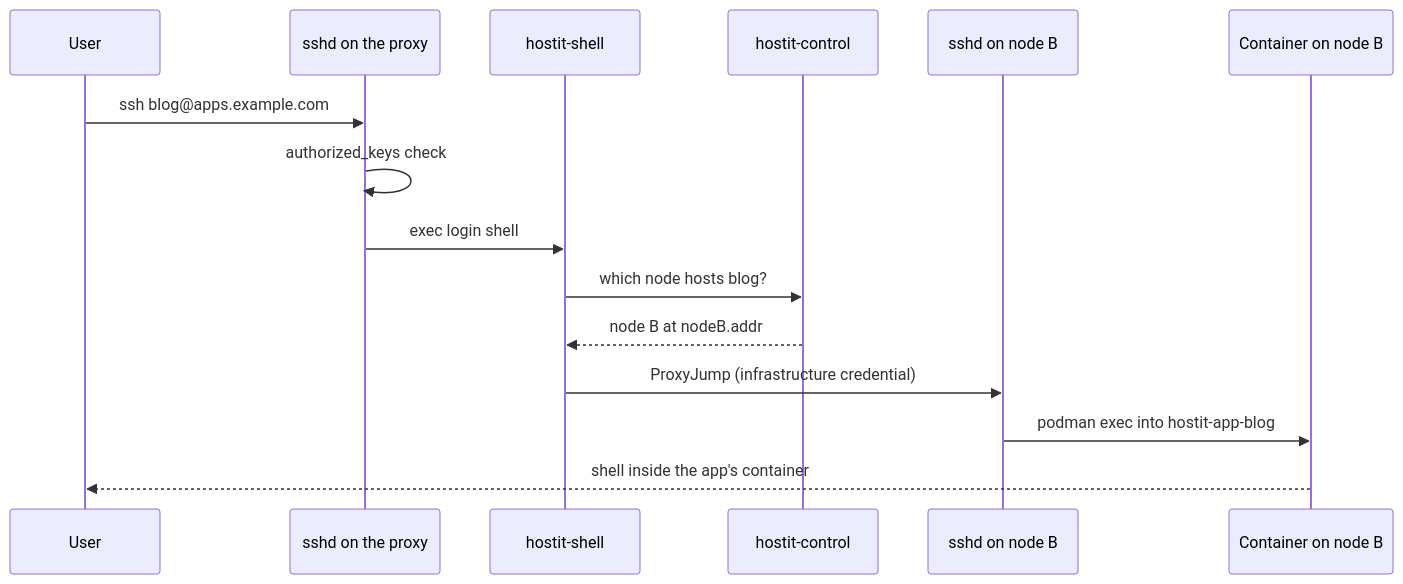
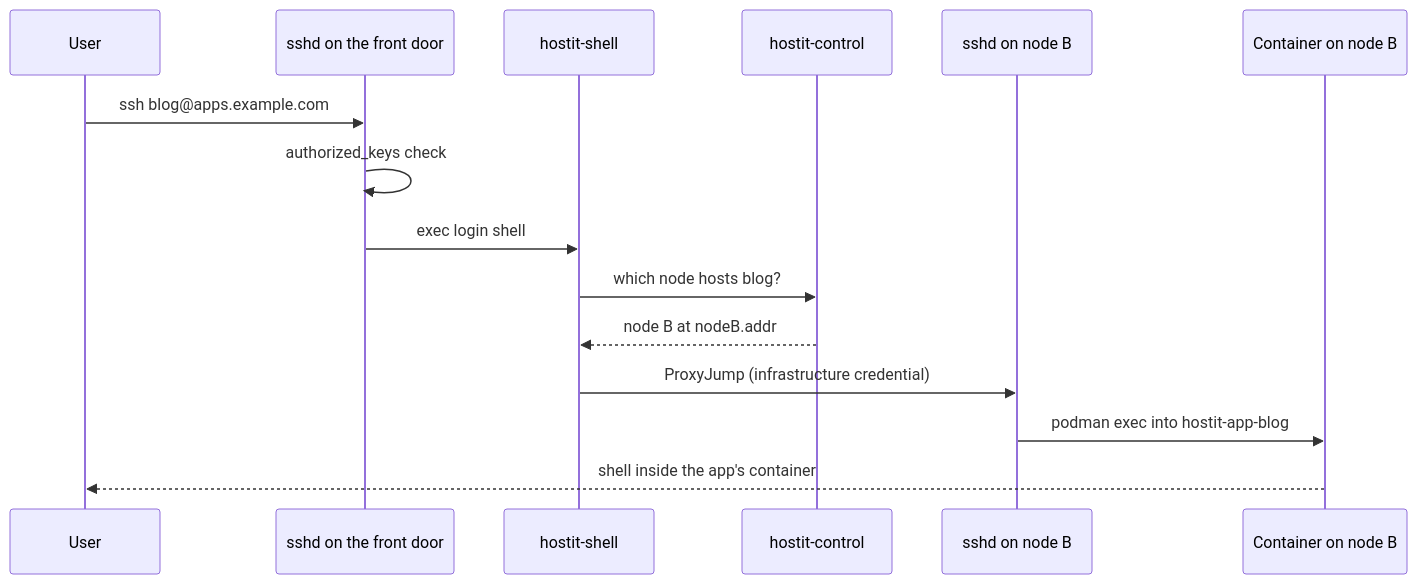
The fifth of 7 diagrams in docs/slides/presentations/multinode.md (binwiederhier/hostit), drawn with Mermaid before and after one commit. The commit also changed other lines of this file, not shown here.

````diff
--- a/docs/slides/presentations/multinode.md
+++ b/docs/slides/presentations/multinode.md
@@ -308,18 +309,18 @@
 ```mermaid {scale: 0.38}
 sequenceDiagram
     participant U as User
-    participant PD as sshd on the proxy
+    participant PD as sshd on the front door
     participant SH as hostit-shell
     participant P as hostit-control
     participant ND as sshd on node B
     participant C as Container on node B
 
     U->>PD: ssh blog@apps.example.com
     PD->>PD: authorized_keys check
     PD->>SH: exec login shell
     SH->>P: which node hosts blog?
     P-->>SH: node B at nodeB.addr
     SH->>ND: ProxyJump (infrastructure credential)
     ND->>C: podman exec into hostit-app-blog
     C-->>U: shell inside the app's container
 ```
````
